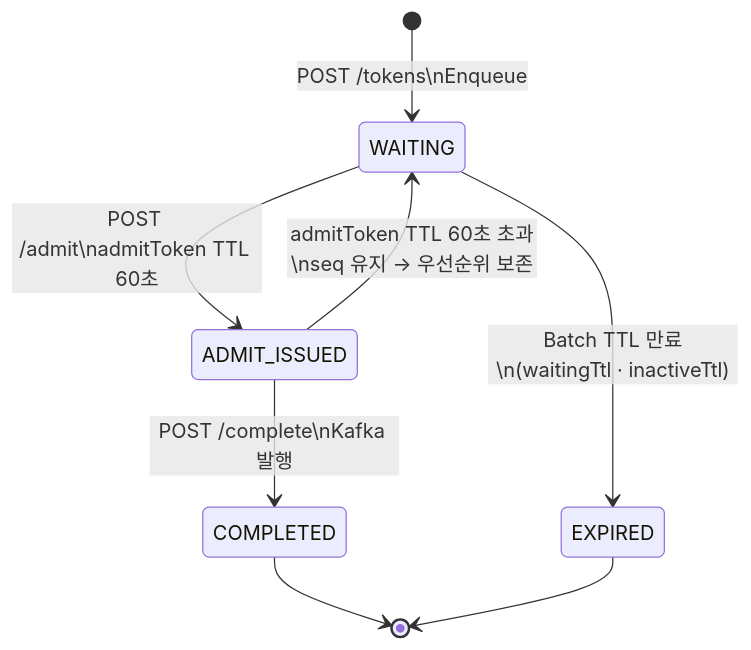
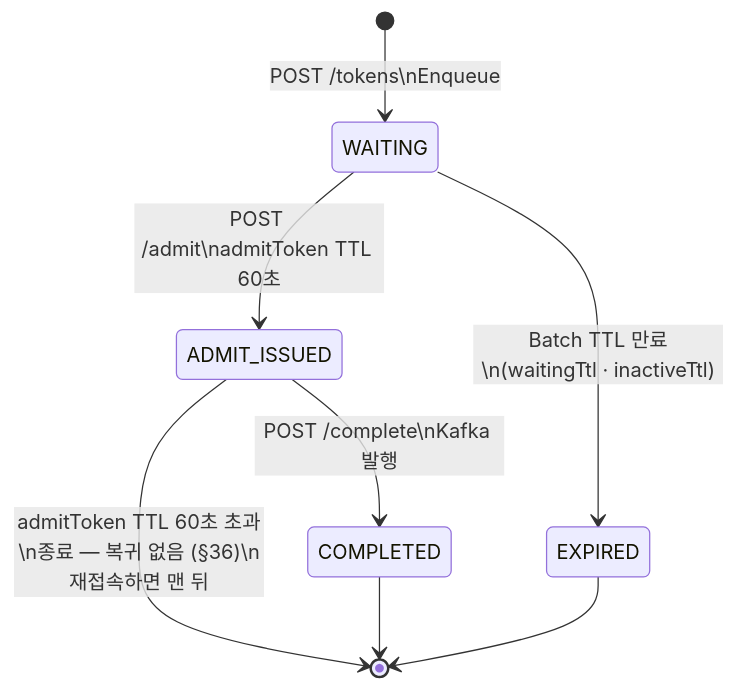
Before and after one commit to S-Onix/queue-platform: the third of 4 diagrams in README.md, drawn with Mermaid. The commit also changed other lines of this file and 17 other files, not shown here.

````diff
--- a/README.md
+++ b/README.md
@@ -177,10 +177,10 @@
 ```mermaid
 stateDiagram-v2
     [*] --> WAITING : POST /tokens\nEnqueue
     WAITING --> ADMIT_ISSUED : POST /admit\nadmitToken TTL 60초
     ADMIT_ISSUED --> COMPLETED : POST /complete\nKafka 발행
-    ADMIT_ISSUED --> WAITING : admitToken TTL 60초 초과\nseq 유지 → 우선순위 보존
+    ADMIT_ISSUED --> [*] : admitToken TTL 60초 초과\n종료 — 복귀 없음 (§36)\n재접속하면 맨 뒤
     WAITING --> EXPIRED : Batch TTL 만료\n(waitingTtl · inactiveTtl)
     COMPLETED --> [*]
     EXPIRED --> [*]
 ```
````
